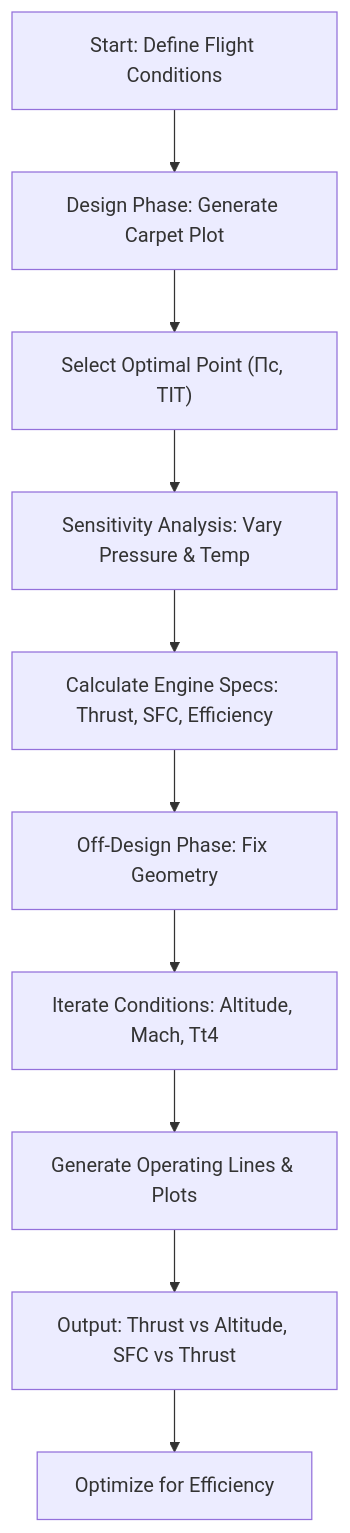
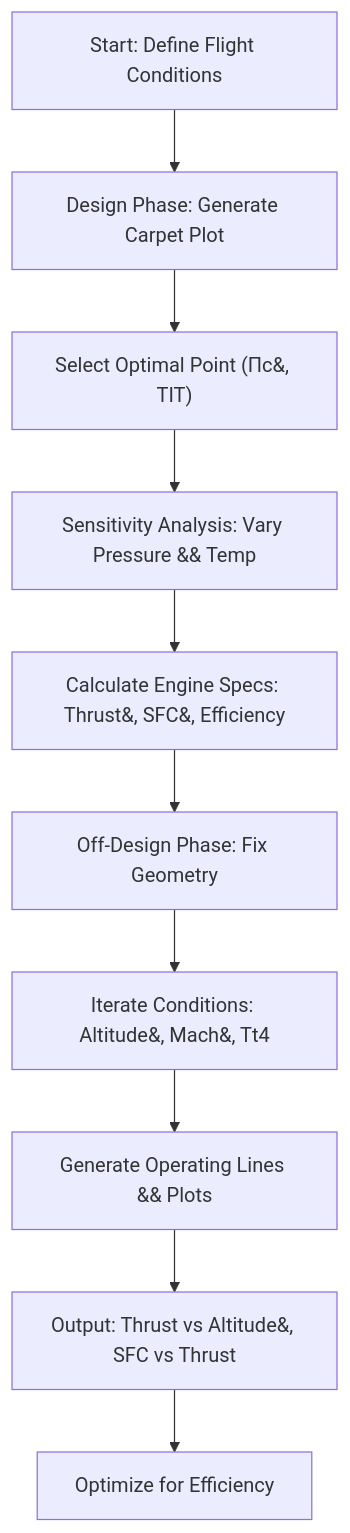
Before and after one commit to honda003/Jet-Engine-Design-Optimization: the diagram in README.md, drawn with Mermaid.

````diff
--- a/README.md
+++ b/README.md
@@ -72,13 +72,13 @@
 ```mermaid
 graph TD;
-    A[Start: Define Flight Conditions] --> B[Design Phase: Generate Carpet Plot];
-    B --> C["Select Optimal Point (Πc, TIT)"];
-    C --> D["Sensitivity Analysis: Vary Pressure & Temp"];
-    D --> E["Calculate Engine Specs: Thrust, SFC, Efficiency"];
-    E --> F[Off-Design Phase: Fix Geometry];
-    F --> G["Iterate Conditions: Altitude, Mach, Tt4"];
-    G --> H["Generate Operating Lines & Plots"];
-    H --> I["Output: Thrust vs Altitude, SFC vs Thrust"];
-    I --> J[Optimize for Efficiency];
+    A["Start: Define Flight Conditions"] --> B["Design Phase: Generate Carpet Plot"];
+    B --> C["Select Optimal Point (Πc&#44; TIT)"];
+    C --> D["Sensitivity Analysis: Vary Pressure &#38; Temp"];
+    D --> E["Calculate Engine Specs: Thrust&#44; SFC&#44; Efficiency"];
+    E --> F["Off-Design Phase: Fix Geometry"];
+    F --> G["Iterate Conditions: Altitude&#44; Mach&#44; Tt4"];
+    G --> H["Generate Operating Lines &#38; Plots"];
+    H --> I["Output: Thrust vs Altitude&#44; SFC vs Thrust"];
+    I --> J["Optimize for Efficiency"];
 
 ```
````
